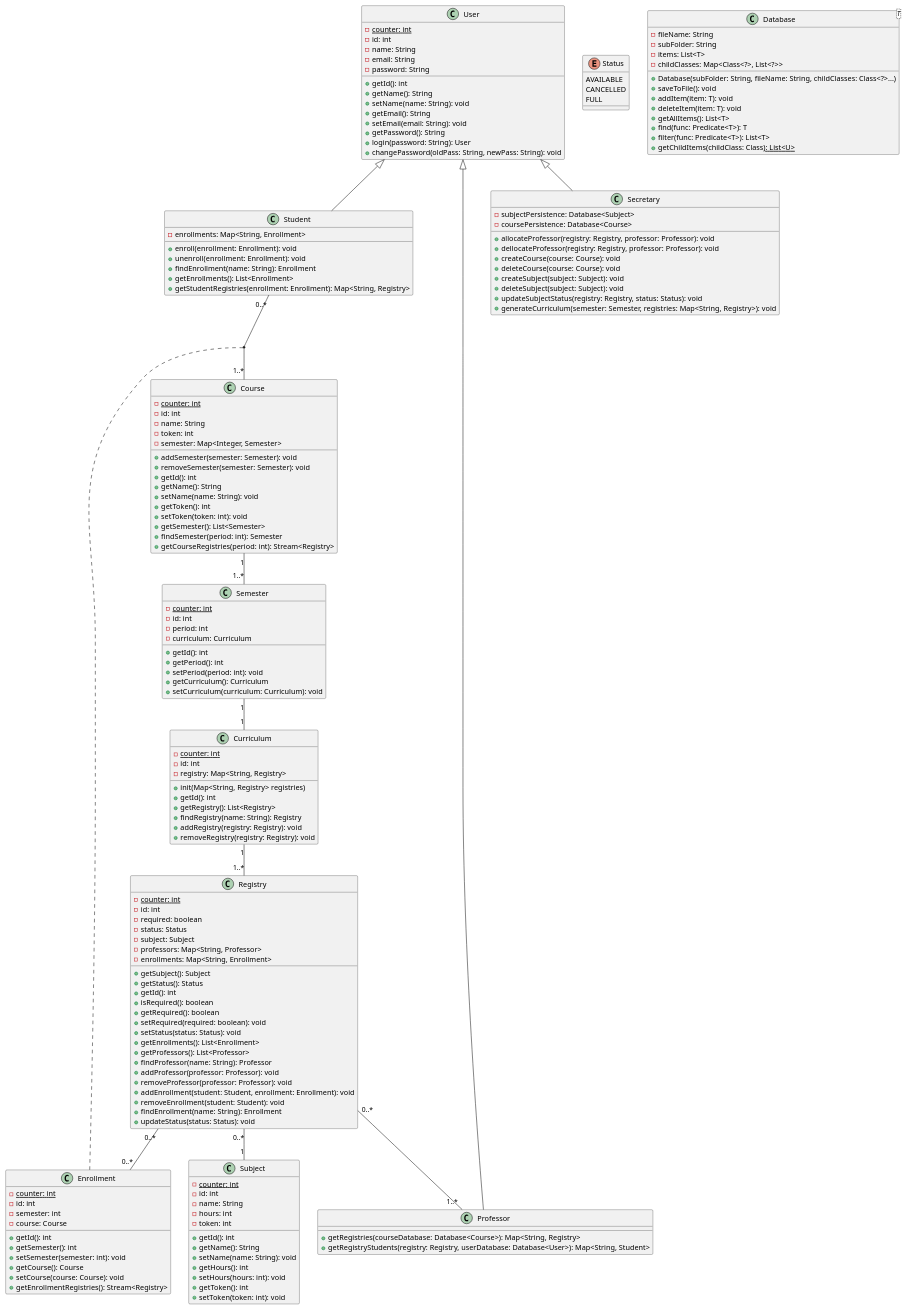
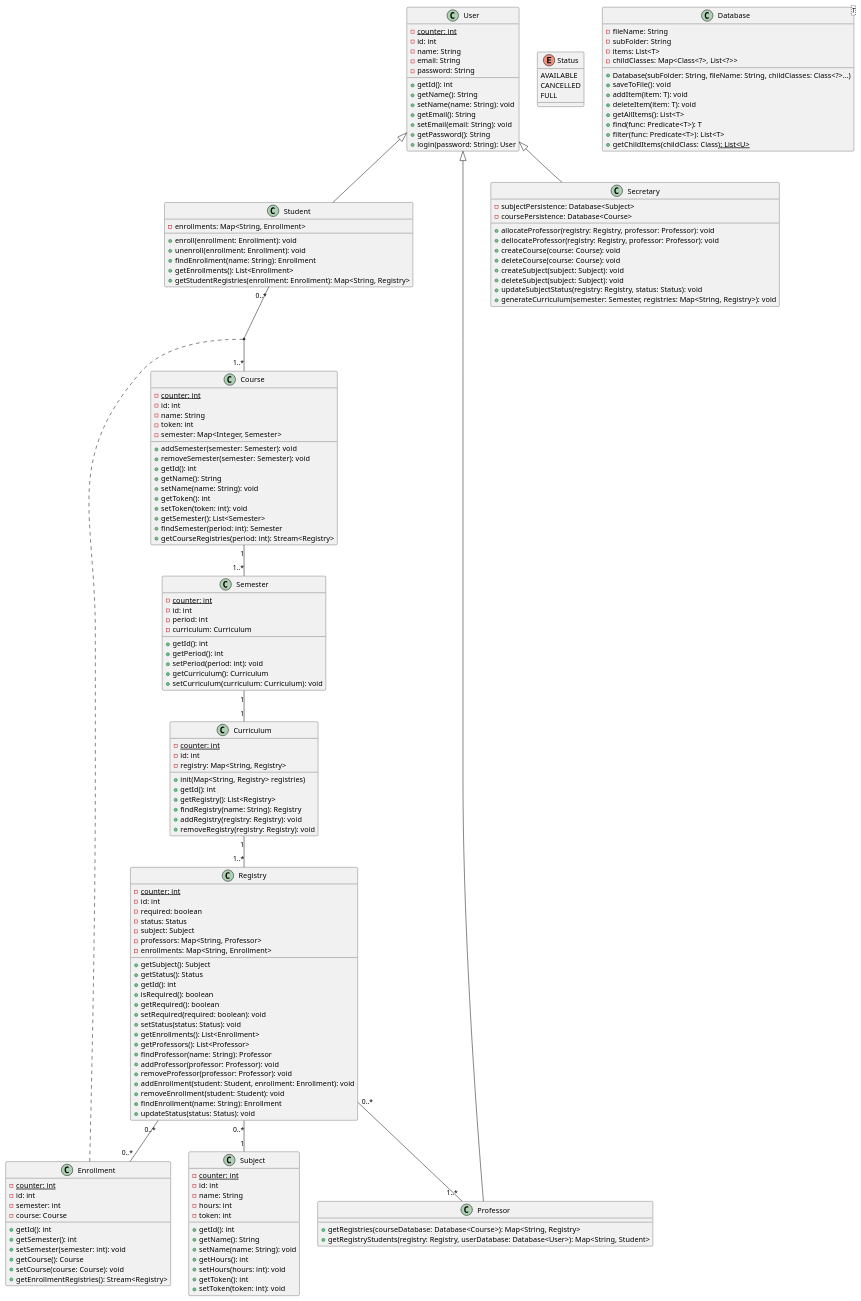
One commit to migueltico2/laboratorio-de-desenvolvimento-de-software changed the diagram in projeto 1/project/classDiagram.plantuml. Above: the diagram before and after it, drawn with PlantUML. The commit also changed 1 other file, not shown here.

Commit message:
remotion of change password

```diff
--- a/projeto 1/project/classDiagram.plantuml
+++ b/projeto 1/project/classDiagram.plantuml
@@ -1,176 +1,175 @@
 @startuml
 
 class User {
     -{static} counter: int
     -id: int
     -name: String
     -email: String
     -password: String
     +getId(): int
     +getName(): String
     +setName(name: String): void
     +getEmail(): String
     +setEmail(email: String): void
     +getPassword(): String
     +login(password: String): User
-    +changePassword(oldPass: String, newPass: String): void
 }
 
 class Student {
     -enrollments: Map<String, Enrollment>
     +enroll(enrollment: Enrollment): void
     +unenroll(enrollment: Enrollment): void
     +findEnrollment(name: String): Enrollment
     +getEnrollments(): List<Enrollment>
     +getStudentRegistries(enrollment: Enrollment): Map<String, Registry>
 }
 
 class Professor {
     +getRegistries(courseDatabase: Database<Course>): Map<String, Registry>
     +getRegistryStudents(registry: Registry, userDatabase: Database<User>): Map<String, Student>
 }
 
 class Secretary {
     -subjectPersistence: Database<Subject>
     -coursePersistence: Database<Course>
     +allocateProfessor(registry: Registry, professor: Professor): void
     +dellocateProfessor(registry: Registry, professor: Professor): void
     +createCourse(course: Course): void
     +deleteCourse(course: Course): void
     +createSubject(subject: Subject): void
     +deleteSubject(subject: Subject): void
     +updateSubjectStatus(registry: Registry, status: Status): void
     +generateCurriculum(semester: Semester, registries: Map<String, Registry>): void
 }
 
 class Enrollment {
     -{static} counter: int
     -id: int
     -semester: int
     -course: Course
     +getId(): int
     +getSemester(): int
     +setSemester(semester: int): void
     +getCourse(): Course
     +setCourse(course: Course): void
     +getEnrollmentRegistries(): Stream<Registry>
 }
 
 class Course {
     -{static} counter: int
     -id: int
     -name: String
     -token: int
     -semester: Map<Integer, Semester>
     +addSemester(semester: Semester): void
     +removeSemester(semester: Semester): void
     +getId(): int
     +getName(): String
     +setName(name: String): void
     +getToken(): int
     +setToken(token: int): void
     +getSemester(): List<Semester>
     +findSemester(period: int): Semester
     +getCourseRegistries(period: int): Stream<Registry>
 }
 
 class Semester {
     -{static} counter: int
     -id: int
     -period: int
     -curriculum: Curriculum
     +getId(): int
     +getPeriod(): int
     +setPeriod(period: int): void
     +getCurriculum(): Curriculum
     +setCurriculum(curriculum: Curriculum): void
 }
 
 class Curriculum {
     -{static} counter: int
     -id: int
     -registry: Map<String, Registry>
     +init(Map<String, Registry> registries)
     +getId(): int
     +getRegistry(): List<Registry>
     +findRegistry(name: String): Registry
     +addRegistry(registry: Registry): void
     +removeRegistry(registry: Registry): void
 }
 
 class Subject {
     -{static} counter: int
     -id: int
     -name: String
     -hours: int
     -token: int
     +getId(): int
     +getName(): String
     +setName(name: String): void
     +getHours(): int
     +setHours(hours: int): void
     +getToken(): int
     +setToken(token: int): void
 }
 
 class Registry {
     -{static} counter: int
     -id: int
     -required: boolean
     -status: Status
     -subject: Subject
     -professors: Map<String, Professor>
     -enrollments: Map<String, Enrollment>
     +getSubject(): Subject
     +getStatus(): Status
     +getId(): int
     +isRequired(): boolean
     +getRequired(): boolean
     +setRequired(required: boolean): void
     +setStatus(status: Status): void
     +getEnrollments(): List<Enrollment>
     +getProfessors(): List<Professor>
     +findProfessor(name: String): Professor
     +addProfessor(professor: Professor): void
     +removeProfessor(professor: Professor): void
     +addEnrollment(student: Student, enrollment: Enrollment): void
     +removeEnrollment(student: Student): void
     +findEnrollment(name: String): Enrollment
     +updateStatus(status: Status): void
 }
 
 enum Status {
     AVAILABLE
     CANCELLED
     FULL
 }
 
 class Database<T> {
     -fileName: String
     -subFolder: String
     -items: List<T>
     -childClasses: Map<Class<?>, List<?>>
     +Database(subFolder: String, fileName: String, childClasses: Class<?>...)
     +saveToFile(): void
     +addItem(item: T): void
     +deleteItem(item: T): void
     +getAllItems(): List<T>
     +find(func: Predicate<T>): T
     +filter(func: Predicate<T>): List<T>
     +getChildItems(childClass: Class<U>): List<U>
 }
 
 User <|-- Student
 User <|-- Professor
 User <|-- Secretary
 
 Course "1" -- "1..*" Semester
 Semester "1" -- "1" Curriculum
 Curriculum "1" -- "1..*" Registry
 Registry "0..*" -- "1" Subject
 Student "0..*" -- "1..*" Course
 (Student, Course) . Enrollment
 Registry "0..*" -- "0..*" Enrollment
 Registry "0..*" -- "1..*" Professor
 
 @enduml
```
